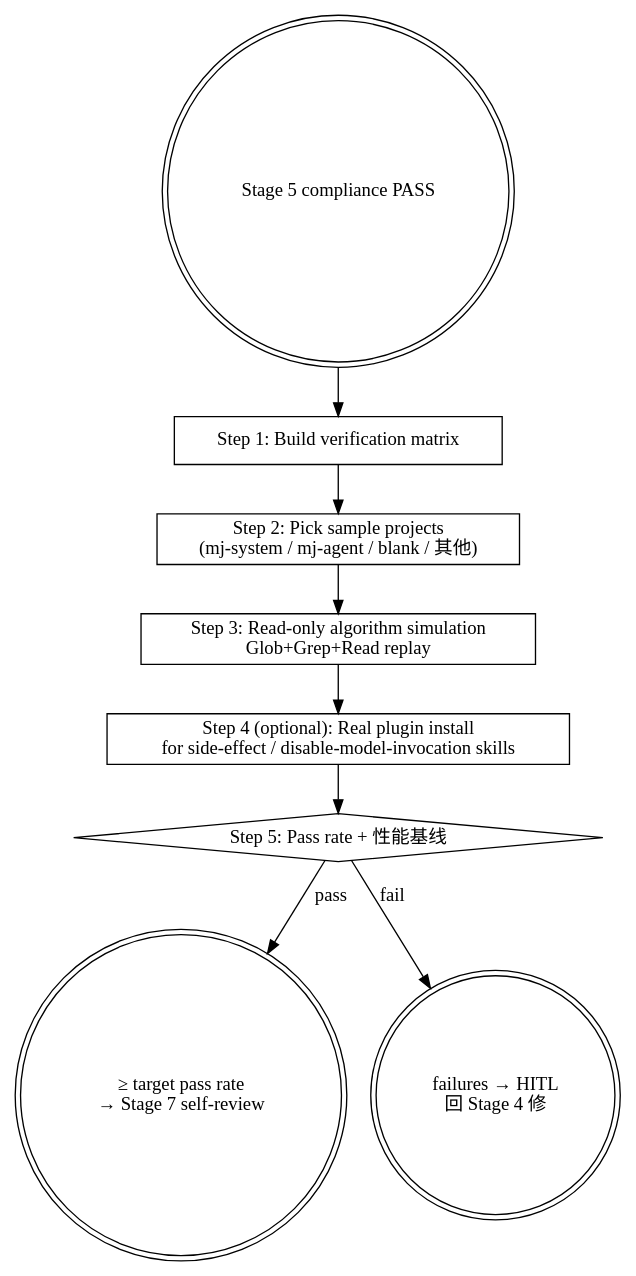
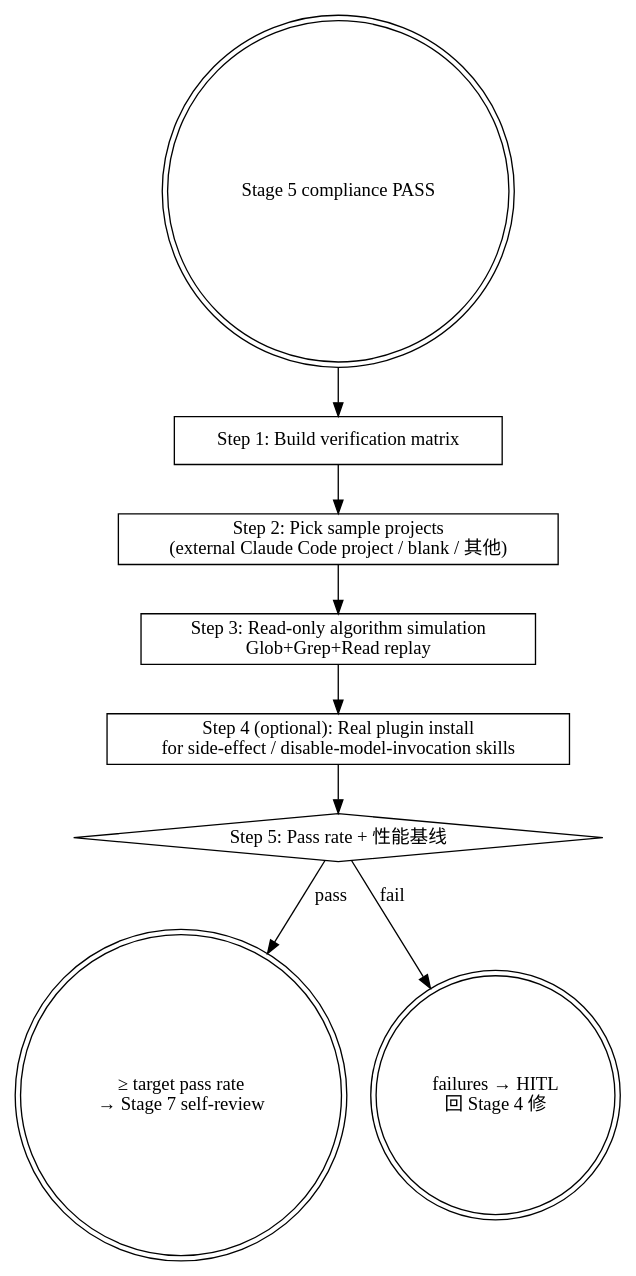
Before and after one commit to MJ-AgentLab/mj-agentlab-marketplace: the diagram in .claude/skills/mp-flow-dogfood/SKILL.md, drawn with Graphviz. The commit also changed other lines of this file and 13 other files, not shown here.

````diff
--- a/.claude/skills/mp-flow-dogfood/SKILL.md
+++ b/.claude/skills/mp-flow-dogfood/SKILL.md
@@ -21,19 +21,19 @@
 ```dot
 digraph dogfood {
   rankdir=TB;
   start [label="Stage 5 compliance PASS" shape=doublecircle];
 
   s1 [label="Step 1: Build verification matrix" shape=box];
-  s2 [label="Step 2: Pick sample projects\n(mj-system / mj-agent / blank / 其他)" shape=box];
+  s2 [label="Step 2: Pick sample projects\n(external Claude Code project / blank / 其他)" shape=box];
   s3 [label="Step 3: Read-only algorithm simulation\nGlob+Grep+Read replay" shape=box];
   s4 [label="Step 4 (optional): Real plugin install\nfor side-effect / disable-model-invocation skills" shape=box];
   s5 [label="Step 5: Pass rate + 性能基线" shape=diamond];
 
   pass [label="≥ target pass rate\n→ Stage 7 self-review" shape=doublecircle];
   hitl [label="failures → HITL\n回 Stage 4 修" shape=doublecircle];
 
   start -> s1 -> s2 -> s3 -> s4 -> s5;
   s5 -> pass [label="pass"];
   s5 -> hitl [label="fail"];
 }
 ```
````
